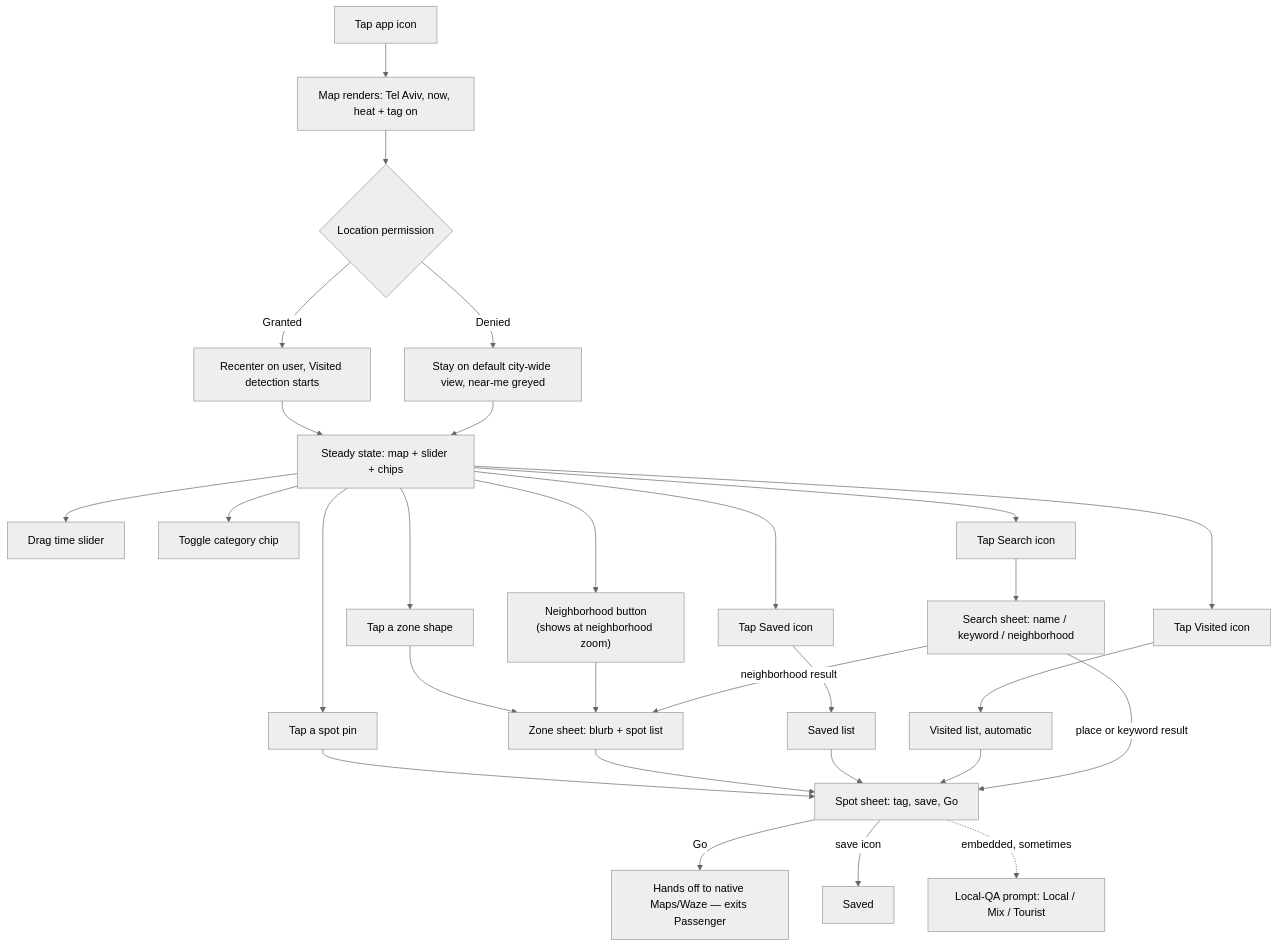
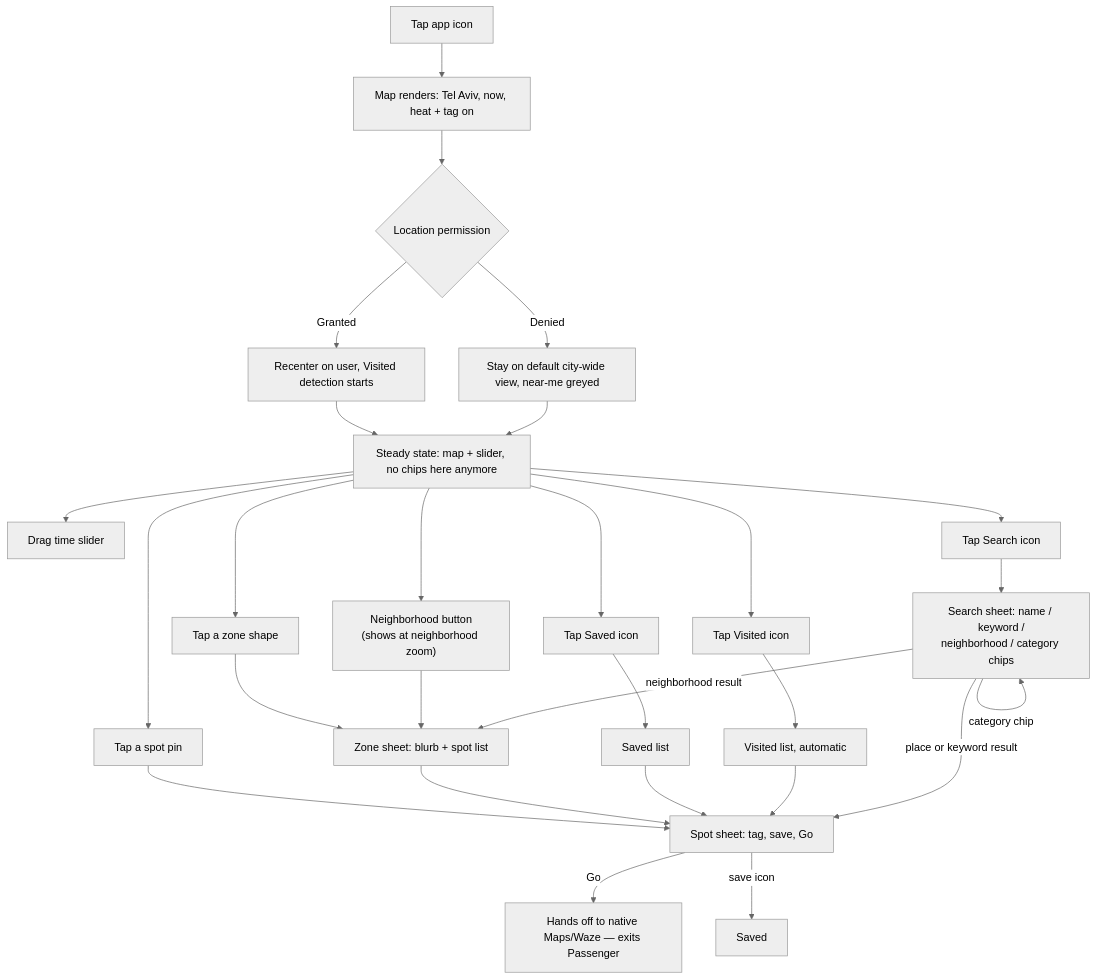
The first of 3 diagrams in design/ux-flows.md (AviranGrisaro/passenger-brain), drawn with Mermaid (neutral theme) before and after one commit. The commit also changed other lines of this file and 3 other files, not shown here.

First line of the commit message:
design: post-visit QA toast (#24) and category chips into search (#25)

````diff
--- a/design/ux-flows.md
+++ b/design/ux-flows.md
@@ -211,23 +222,22 @@
 ```mermaid
 flowchart TD
     A[Tap app icon] --> B[Map renders: Tel Aviv, now, heat + tag on]
     B --> C{Location permission}
     C -->|Granted| D[Recenter on user, Visited detection starts]
     C -->|Denied| E[Stay on default city-wide view, near-me greyed]
-    D --> F[Steady state: map + slider + chips]
+    D --> F[Steady state: map + slider, no chips here anymore]
     E --> F
     F --> G[Tap a zone shape] --> ZS[Zone sheet: blurb + spot list]
     F --> T["Neighborhood button<br/>(shows at neighborhood zoom)"] --> ZS
     F --> H[Tap a spot pin] --> M[Spot sheet: tag, save, Go]
     ZS --> M
     F --> I[Drag time slider]
-    F --> J[Toggle category chip]
     F --> K[Tap Saved icon] --> P[Saved list] --> M
     F --> L[Tap Visited icon] --> Q[Visited list, automatic] --> M
-    F --> S[Tap Search icon] --> SS[Search sheet: name / keyword / neighborhood]
+    F --> S["Tap Search icon"] --> SS["Search sheet: name / keyword /<br/>neighborhood / category chips"]
     SS -->|place or keyword result| M
     SS -->|neighborhood result| ZS
+    SS -->|category chip| SS
     M -->|Go| N[Hands off to native Maps/Waze — exits Passenger]
     M -->|save icon| O[Saved]
-    M -. embedded, sometimes .-> R["Local-QA prompt: Local / Mix / Tourist"]
 ```
````
